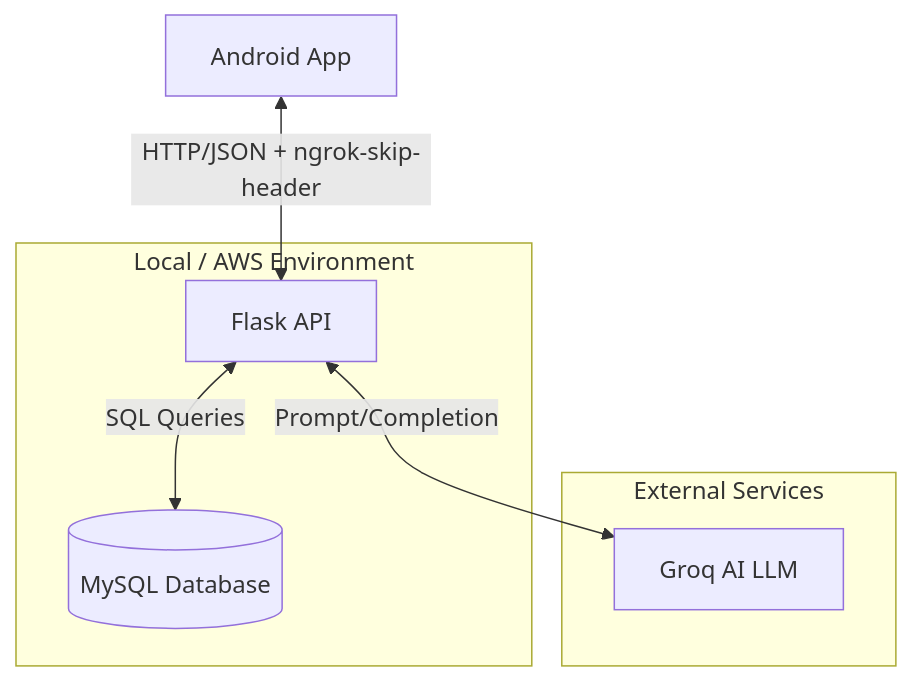
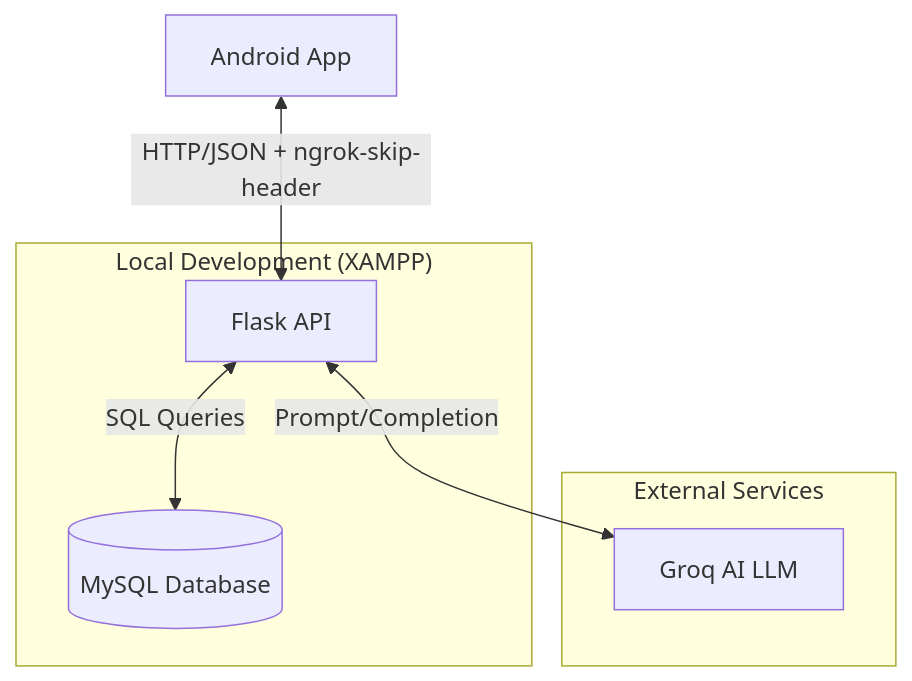
Before and after one commit to Akhil-cit/Daily-Learn: the first of 2 diagrams in SYSTEM_ARCHITECTURE.md, drawn with Mermaid. The commit also changed other lines of this file, not shown here.

Commit message:
Updated architecture to explicitly mention XAMPP

````diff
--- a/SYSTEM_ARCHITECTURE.md
+++ b/SYSTEM_ARCHITECTURE.md
@@ -8,15 +8,16 @@
 ```mermaid
 graph TD
     A[Android App] <-->|HTTP/JSON + ngrok-skip-header| B[Flask API]
     B <-->|SQL Queries| C[(MySQL Database)]
-    B <-->|Prompt/Completion| D[Groq AI LLM]
     
-    subgraph "Local / AWS Environment"
+    subgraph "Local Development (XAMPP)"
     B
     C
     end
     
     subgraph "External Services"
-    D
+    D[Groq AI LLM]
     end
+    
+    B <-->|Prompt/Completion| D
 ```
````
